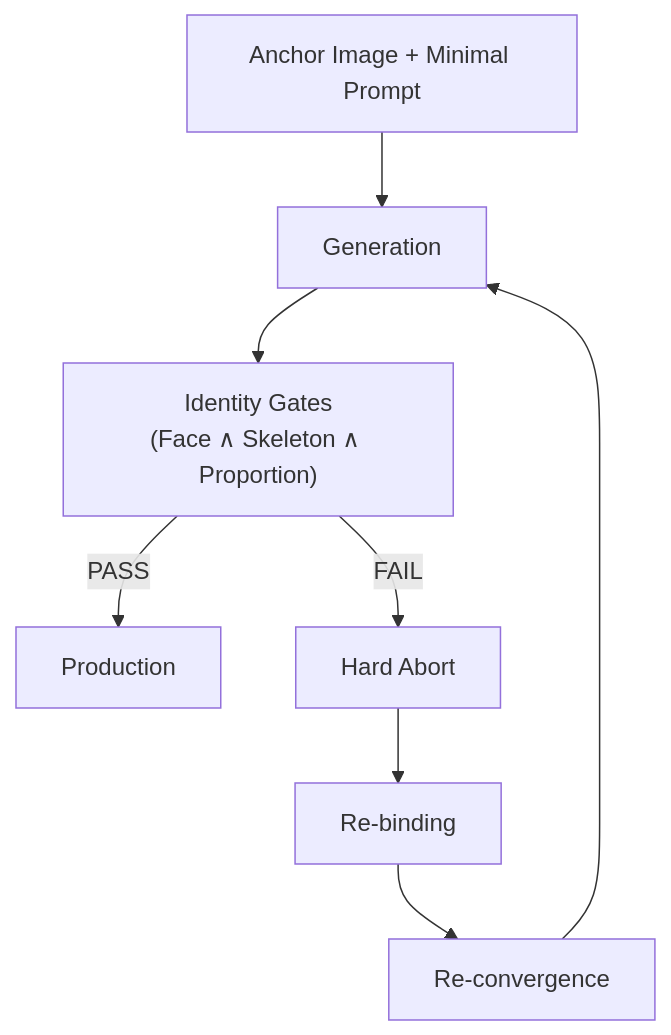
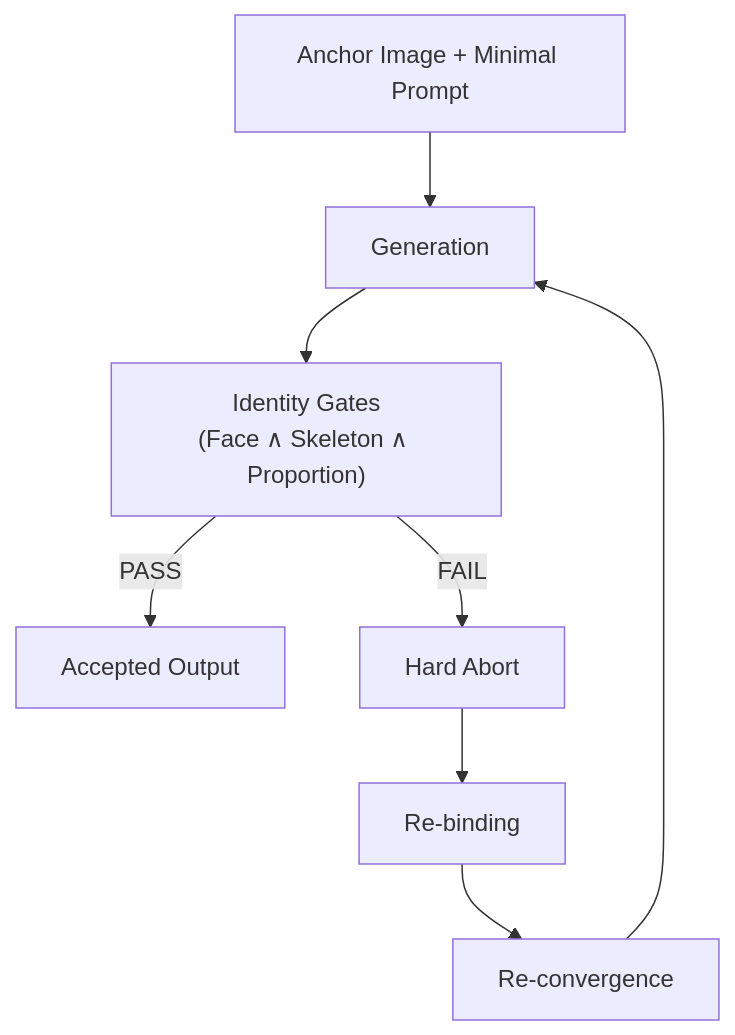
Before and after one commit to watadani-byte/character-identity-protocol: the first of 4 diagrams in README.md, drawn with Mermaid. The commit also changed other lines of this file, not shown here.

````diff
--- a/README.md
+++ b/README.md
@@ -101,11 +103,11 @@
 ```mermaid
 flowchart TD
     A[Anchor Image + Minimal Prompt] --> B[Generation]
     B --> C["Identity Gates
 (Face ∧ Skeleton ∧ Proportion)"]
-    C -->|PASS| D[Production]
+    C -->|PASS| D[Accepted Output]
     C -->|FAIL| E[Hard Abort]
     E --> F[Re-binding]
     F --> G[Re-convergence]
     G --> B
 ```
````
